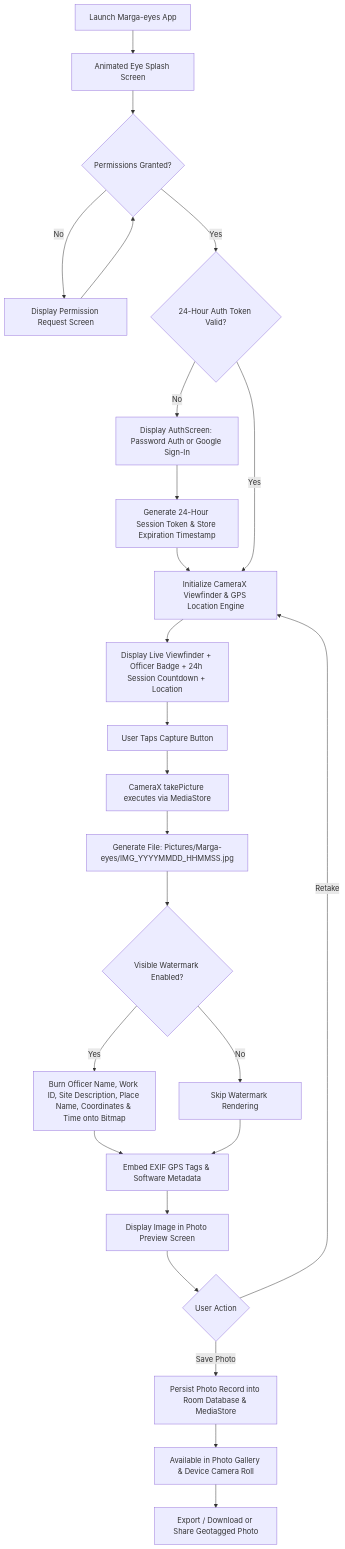
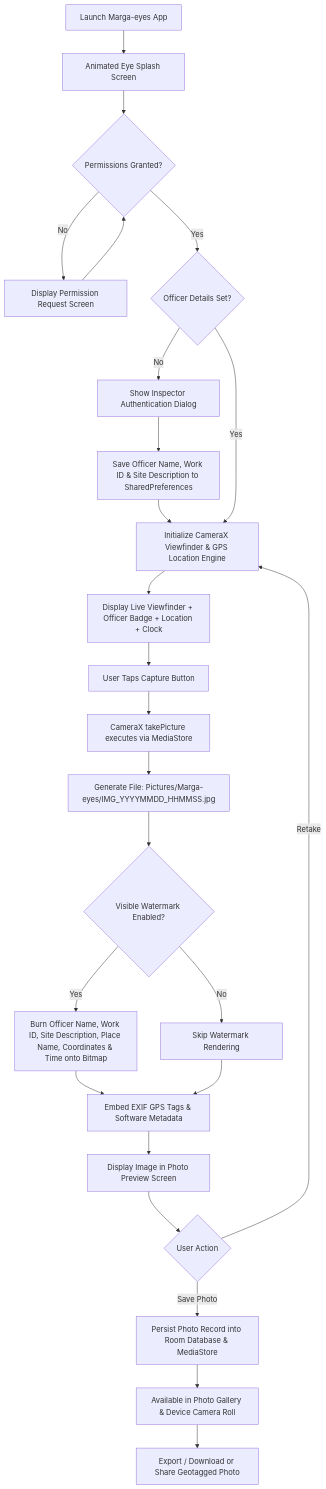
The diagram in requirement.md (rahulshirol1017/margaeye-), drawn with Mermaid before and after one commit. The commit also changed other lines of this file, not shown here.

````diff
--- a/requirement.md
+++ b/requirement.md
@@ -30,27 +29,27 @@
 ```mermaid
 flowchart TD
     A[Launch Marga-eyes App] --> B[Animated Eye Splash Screen]
     B --> C{Permissions Granted?}
     C -- No --> D[Display Permission Request Screen]
     D --> C
-    C -- Yes --> E{24-Hour Auth Token Valid?}
-    E -- No --> F[Display AuthScreen: Password Auth or Google Sign-In]
-    F --> G[Generate 24-Hour Session Token & Store Expiration Timestamp]
+    C -- Yes --> E{Officer Details Set?}
+    E -- No --> F[Show Inspector Authentication Dialog]
+    F --> G[Save Officer Name, Work ID & Site Description to SharedPreferences]
     G --> H[Initialize CameraX Viewfinder & GPS Location Engine]
     E -- Yes --> H
-    H --> I[Display Live Viewfinder + Officer Badge + 24h Session Countdown + Location]
+    H --> I[Display Live Viewfinder + Officer Badge + Location + Clock]
     I --> J[User Taps Capture Button]
     J --> K[CameraX takePicture executes via MediaStore]
     K --> L[Generate File: Pictures/Marga-eyes/IMG_YYYYMMDD_HHMMSS.jpg]
     L --> M{Visible Watermark Enabled?}
     M -- Yes --> N[Burn Officer Name, Work ID, Site Description, Place Name, Coordinates & Time onto Bitmap]
     M -- No --> O[Skip Watermark Rendering]
     N --> P[Embed EXIF GPS Tags & Software Metadata]
     O --> P
     P --> Q[Display Image in Photo Preview Screen]
     Q --> R{User Action}
     R -- Retake --> H
     R -- Save Photo --> S[Persist Photo Record into Room Database & MediaStore]
     S --> T[Available in Photo Gallery & Device Camera Roll]
     T --> U[Export / Download or Share Geotagged Photo]
 ```
````
